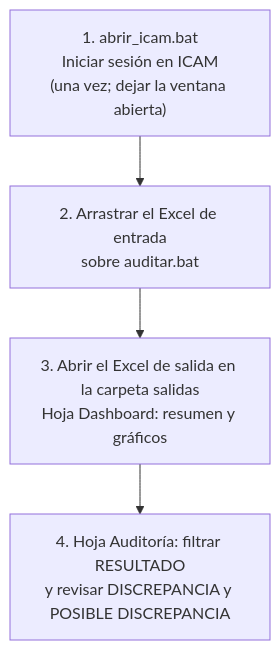
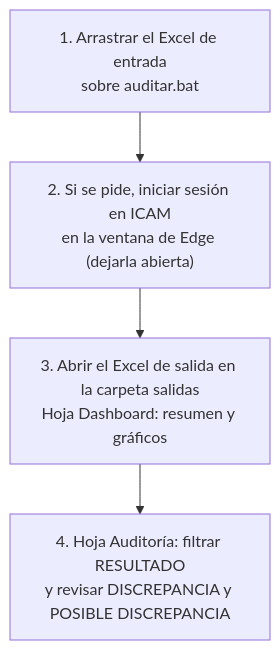
The second of 8 diagrams in docs/proceso.md (lviloriabas/dips), drawn with Mermaid before and after one commit. The commit also changed other lines of this file and 12 other files, not shown here.

First line of the commit message:
Sin abrir_icam.bat ni benchmark.bat

````diff
--- a/docs/proceso.md
+++ b/docs/proceso.md
@@ -26,7 +26,7 @@
 ```mermaid
 flowchart TD
-    A["1. abrir_icam.bat<br/>Iniciar sesión en ICAM<br/>(una vez; dejar la ventana abierta)"] --> B
-    B["2. Arrastrar el Excel de entrada<br/>sobre auditar.bat"] --> C
+    A["1. Arrastrar el Excel de entrada<br/>sobre auditar.bat"] --> B
+    B["2. Si se pide, iniciar sesión en ICAM<br/>en la ventana de Edge (dejarla abierta)"] --> C
     C["3. Abrir el Excel de salida en la carpeta salidas<br/>Hoja Dashboard: resumen y gráficos"] --> D
     D["4. Hoja Auditoría: filtrar RESULTADO<br/>y revisar DISCREPANCIA y POSIBLE DISCREPANCIA"]
 ```
````
